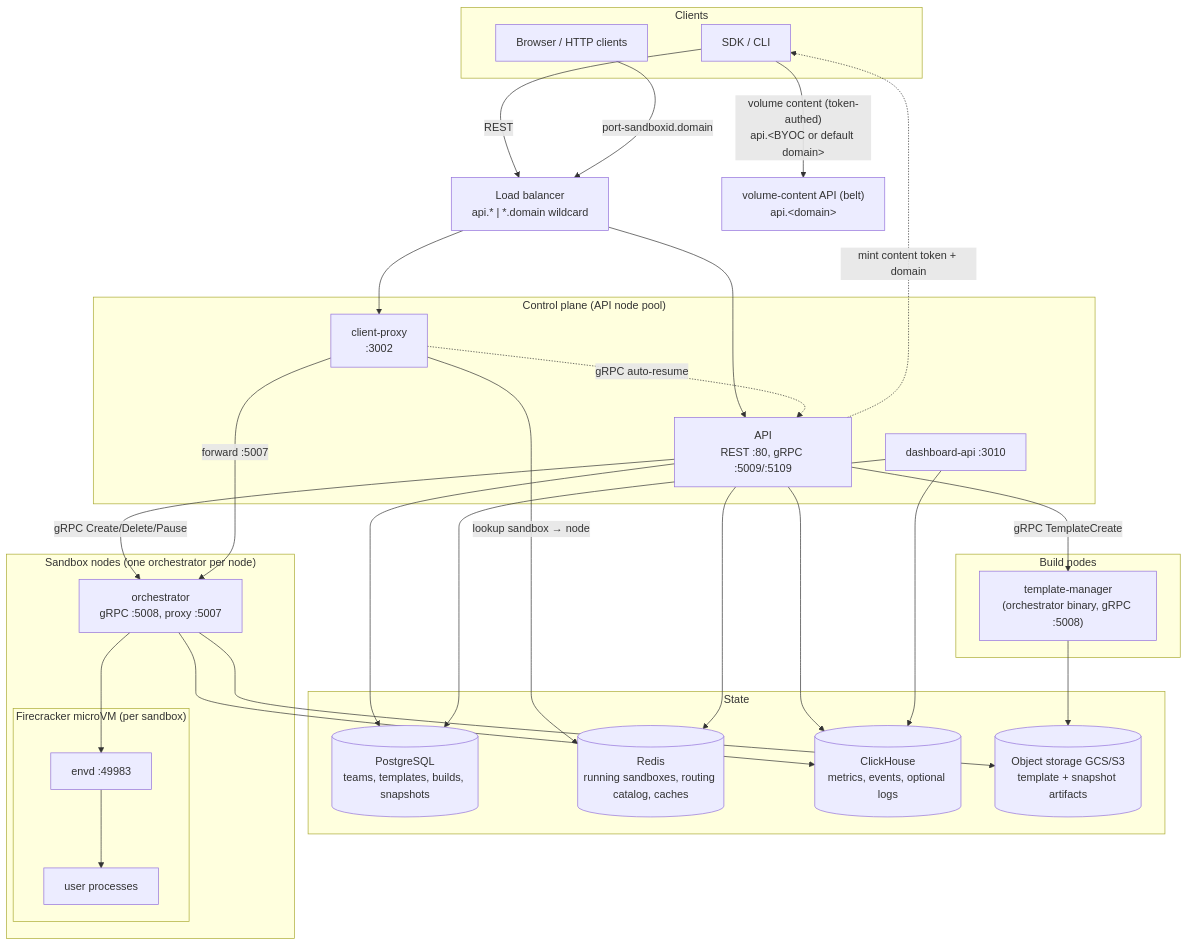
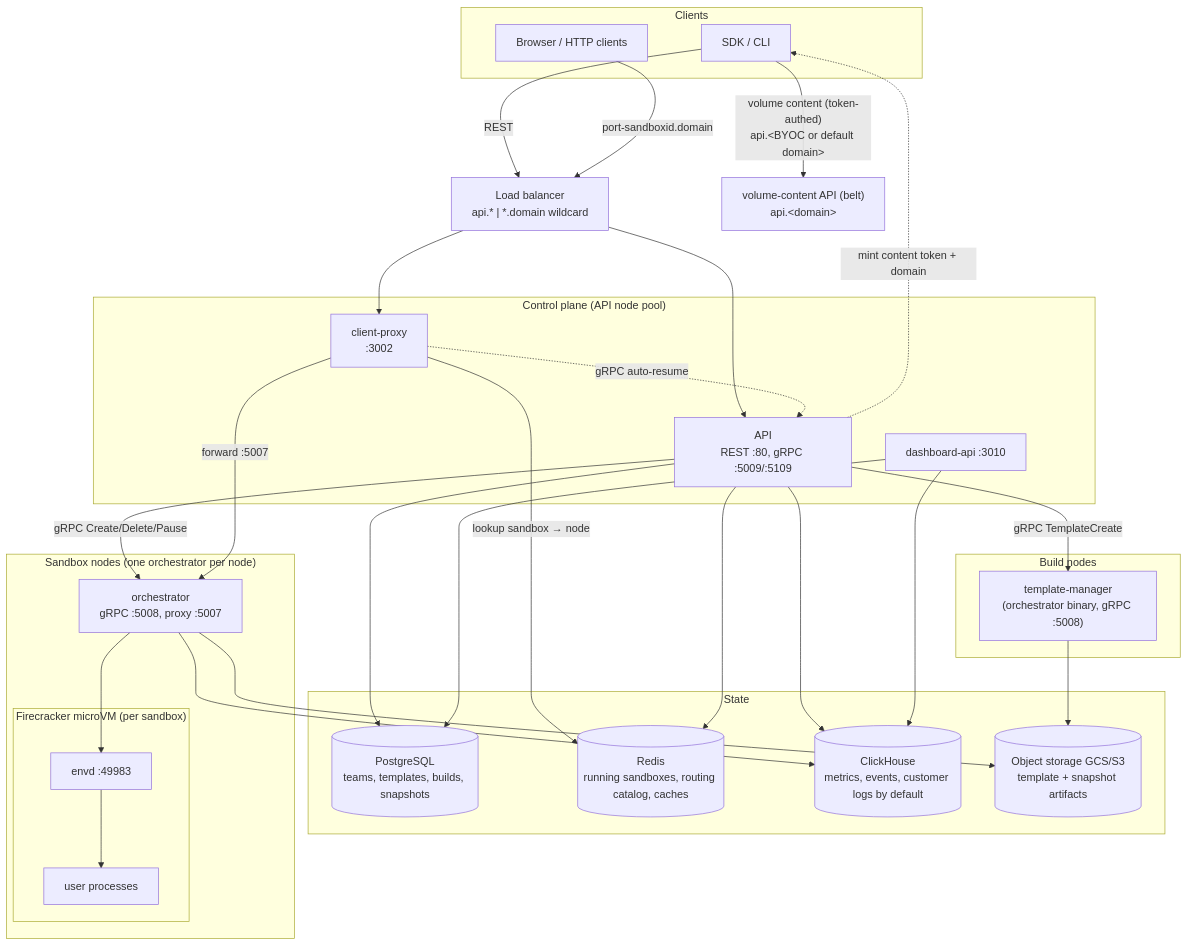
The first of 6 diagrams in docs/ARCHITECTURE.md (e2b-dev/infra), drawn with Mermaid before and after one commit. The commit also changed other lines of this file and 25 other files, not shown here.

````diff
--- a/docs/ARCHITECTURE.md
+++ b/docs/ARCHITECTURE.md
@@ -32,52 +32,52 @@
 ```mermaid
 flowchart TB
     subgraph clients["Clients"]
         SDK["SDK / CLI"]
         Browser["Browser / HTTP clients"]
     end
 
     LB["Load balancer<br/>api.* | *.domain wildcard"]
 
     VC["volume-content API (belt)<br/>api.&lt;domain&gt;"]
 
     subgraph controlplane["Control plane (API node pool)"]
         API["API<br/>REST :80, gRPC :5009/:5109"]
         DashAPI["dashboard-api :3010"]
         CP["client-proxy<br/>:3002"]
     end
 
     subgraph datastores["State"]
         PG[("PostgreSQL<br/>teams, templates, builds, snapshots")]
         RD[("Redis<br/>running sandboxes, routing catalog, caches")]
-        CH[("ClickHouse<br/>metrics, events, optional logs")]
+        CH[("ClickHouse<br/>metrics, events, customer logs by default")]
         OS[("Object storage GCS/S3<br/>template + snapshot artifacts")]
     end
 
     subgraph clientnode["Sandbox nodes (one orchestrator per node)"]
         ORCH["orchestrator<br/>gRPC :5008, proxy :5007"]
         subgraph vm["Firecracker microVM (per sandbox)"]
             ENVD["envd :49983"]
             USERPROC["user processes"]
         end
     end
 
     subgraph buildnode["Build nodes"]
         TM["template-manager<br/>(orchestrator binary, gRPC :5008)"]
     end
 
     SDK -->|REST| LB --> API
     Browser -->|"port-sandboxid.domain"| LB --> CP
     API -.->|"mint content token + domain"| SDK
     SDK -->|"volume content (token-authed)<br/>api.&lt;BYOC or default domain&gt;"| VC
     API -->|"gRPC Create/Delete/Pause"| ORCH
     API -->|"gRPC TemplateCreate"| TM
     CP -->|"lookup sandbox → node"| RD
     CP -->|"forward :5007"| ORCH
     CP -.->|"gRPC auto-resume"| API
     ORCH --> ENVD
     ENVD --> USERPROC
     API --> PG & RD & CH
     DashAPI --> PG & CH
     ORCH --> OS & CH
     TM --> OS
 ```
````
